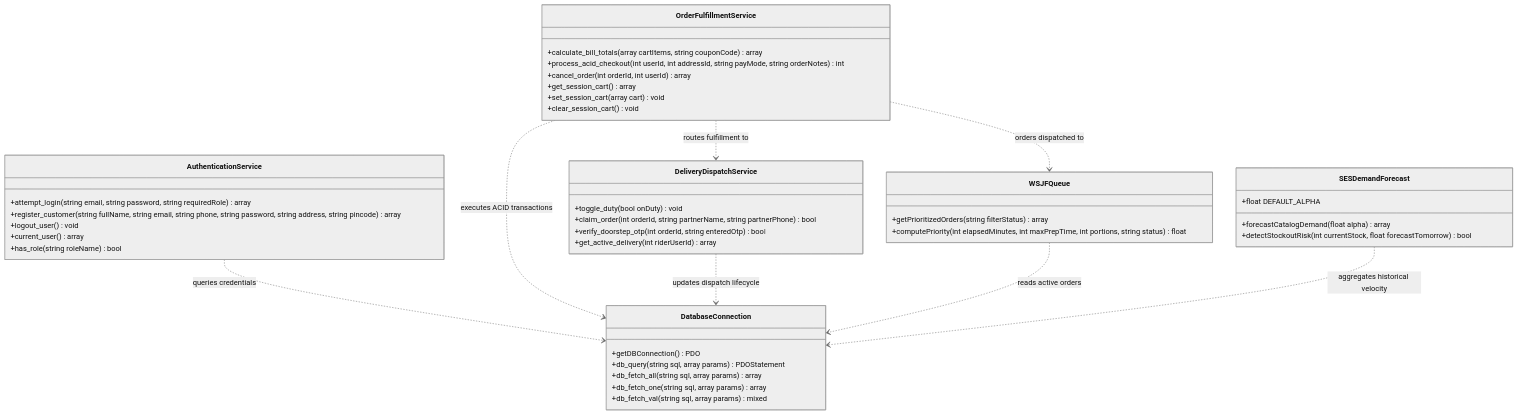
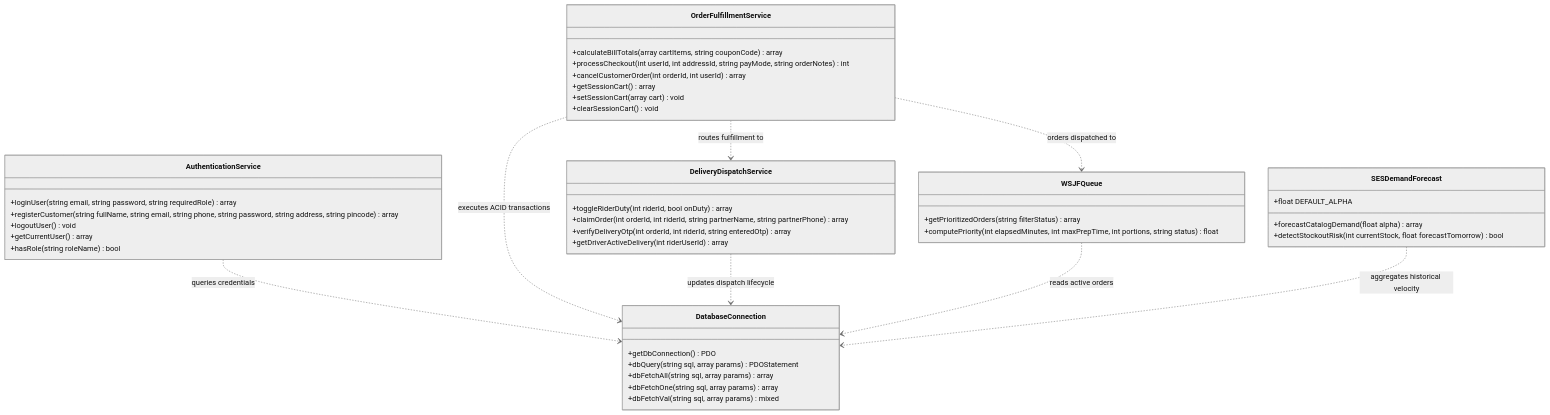
Before and after one commit to athulskrish/pooja_project: diagram 14 of 16 in docs/SYSTEM_ANALYSIS_AND_DESIGN.md, drawn with Mermaid (neutral theme). The commit also changed 200 other files, not shown here.

````diff
--- a/docs/SYSTEM_ANALYSIS_AND_DESIGN.md
+++ b/docs/SYSTEM_ANALYSIS_AND_DESIGN.md
@@ -879,53 +879,53 @@
 ```mermaid
 classDiagram
     class DatabaseConnection {
-        +getDBConnection() PDO
-        +db_query(string sql, array params) PDOStatement
-        +db_fetch_all(string sql, array params) array
-        +db_fetch_one(string sql, array params) array
-        +db_fetch_val(string sql, array params) mixed
+        +getDbConnection() PDO
+        +dbQuery(string sql, array params) PDOStatement
+        +dbFetchAll(string sql, array params) array
+        +dbFetchOne(string sql, array params) array
+        +dbFetchVal(string sql, array params) mixed
     }
 
     class AuthenticationService {
-        +attempt_login(string email, string password, string requiredRole) array
-        +register_customer(string fullName, string email, string phone, string password, string address, string pincode) array
-        +logout_user() void
-        +current_user() array
-        +has_role(string roleName) bool
+        +loginUser(string email, string password, string requiredRole) array
+        +registerCustomer(string fullName, string email, string phone, string password, string address, string pincode) array
+        +logoutUser() void
+        +getCurrentUser() array
+        +hasRole(string roleName) bool
     }
 
     class OrderFulfillmentService {
-        +calculate_bill_totals(array cartItems, string couponCode) array
-        +process_acid_checkout(int userId, int addressId, string payMode, string orderNotes) int
-        +cancel_order(int orderId, int userId) array
-        +get_session_cart() array
-        +set_session_cart(array cart) void
-        +clear_session_cart() void
+        +calculateBillTotals(array cartItems, string couponCode) array
+        +processCheckout(int userId, int addressId, string payMode, string orderNotes) int
+        +cancelCustomerOrder(int orderId, int userId) array
+        +getSessionCart() array
+        +setSessionCart(array cart) void
+        +clearSessionCart() void
     }
 
     class DeliveryDispatchService {
-        +toggle_duty(bool onDuty) void
-        +claim_order(int orderId, string partnerName, string partnerPhone) bool
-        +verify_doorstep_otp(int orderId, string enteredOtp) bool
-        +get_active_delivery(int riderUserId) array
+        +toggleRiderDuty(int riderId, bool onDuty) array
+        +claimOrder(int orderId, int riderId, string partnerName, string partnerPhone) array
+        +verifyDeliveryOtp(int orderId, int riderId, string enteredOtp) array
+        +getDriverActiveDelivery(int riderUserId) array
     }
 
     class WSJFQueue {
         +getPrioritizedOrders(string filterStatus) array
         +computePriority(int elapsedMinutes, int maxPrepTime, int portions, string status) float
     }
 
     class SESDemandForecast {
         +float DEFAULT_ALPHA
         +forecastCatalogDemand(float alpha) array
         +detectStockoutRisk(int currentStock, float forecastTomorrow) bool
     }
 
     AuthenticationService ..> DatabaseConnection : queries credentials
     OrderFulfillmentService ..> DatabaseConnection : executes ACID transactions
     DeliveryDispatchService ..> DatabaseConnection : updates dispatch lifecycle
     WSJFQueue ..> DatabaseConnection : reads active orders
     SESDemandForecast ..> DatabaseConnection : aggregates historical velocity
     OrderFulfillmentService ..> WSJFQueue : orders dispatched to
     OrderFulfillmentService ..> DeliveryDispatchService : routes fulfillment to
 ```
````
